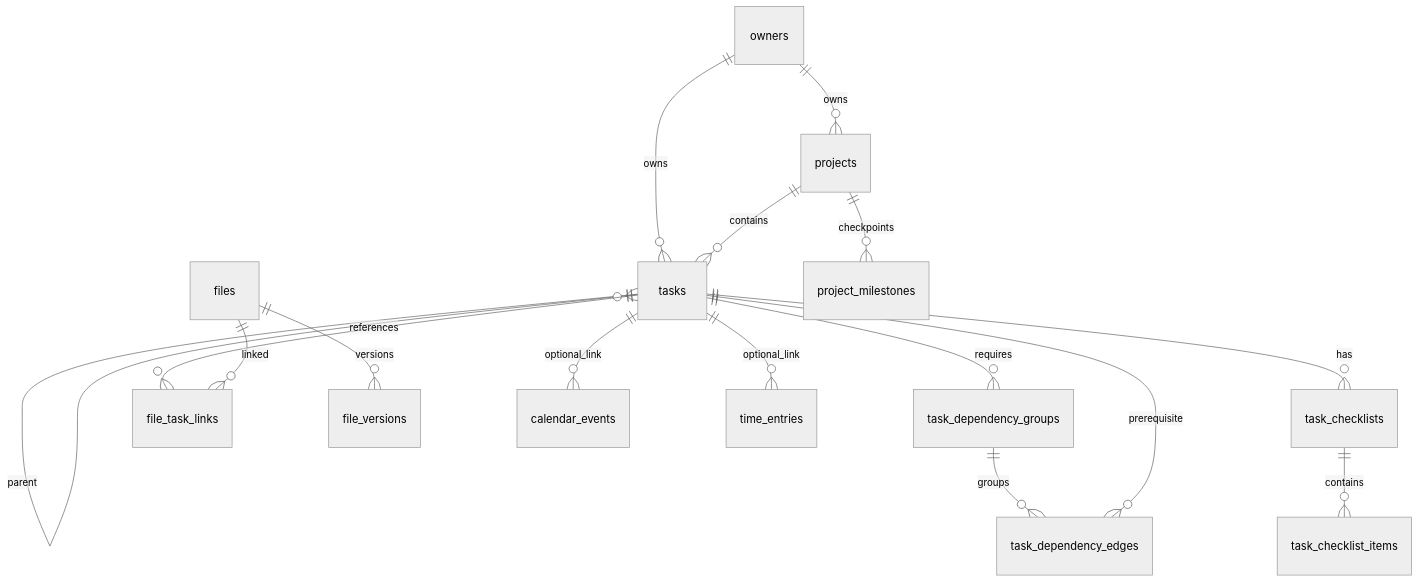
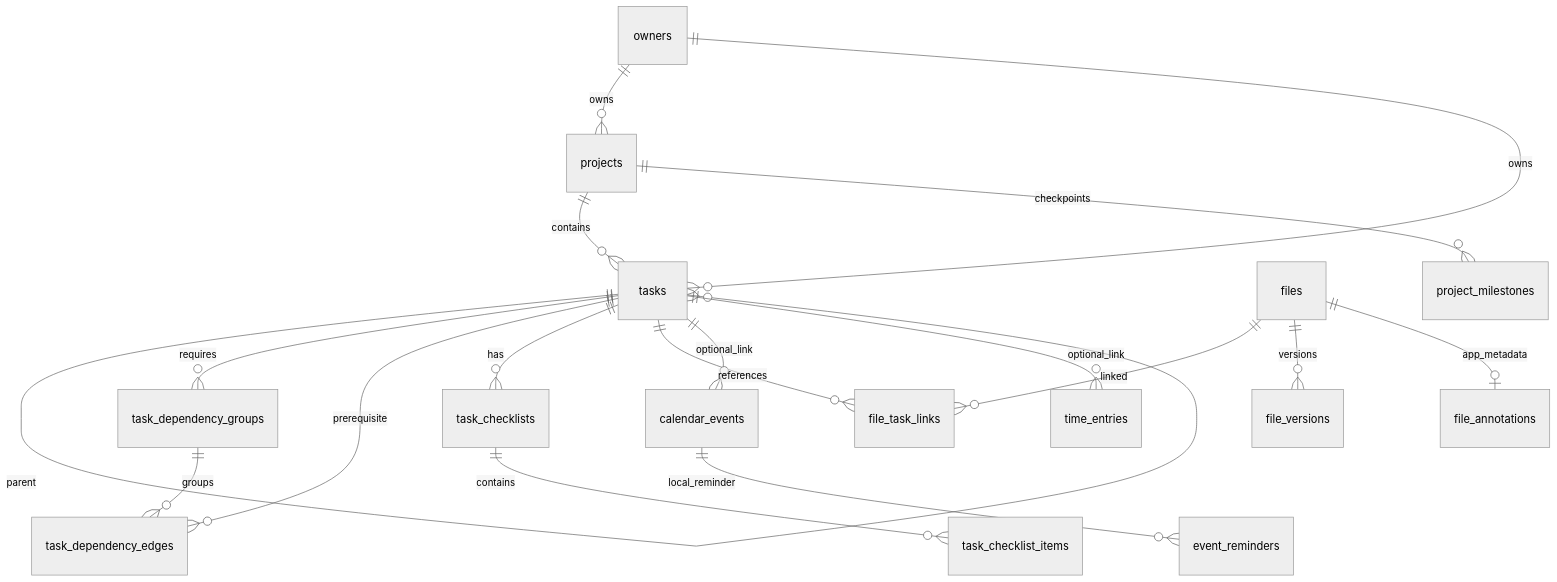
One commit to Raminyazdani/todo_list_compact changed the diagram in docs/DATA_MODEL.md. Above: the diagram before and after it, drawn with Mermaid (neutral theme). The commit also changed other lines of this file and 140 other files, not shown here.

````diff
--- a/docs/DATA_MODEL.md
+++ b/docs/DATA_MODEL.md
@@ -5,18 +5,20 @@
 ```mermaid
 erDiagram
   owners ||--o{ projects : owns
   owners ||--o{ tasks : owns
   projects ||--o{ tasks : contains
   tasks ||--o{ tasks : parent
   tasks ||--o{ task_dependency_groups : requires
   task_dependency_groups ||--o{ task_dependency_edges : groups
   tasks ||--o{ task_dependency_edges : prerequisite
   tasks ||--o{ task_checklists : has
   task_checklists ||--o{ task_checklist_items : contains
   tasks ||--o{ file_task_links : references
   files ||--o{ file_task_links : linked
   files ||--o{ file_versions : versions
+  files ||--o| file_annotations : app_metadata
   projects ||--o{ project_milestones : checkpoints
   tasks ||--o{ calendar_events : optional_link
+  calendar_events ||--o{ event_reminders : local_reminder
   tasks ||--o{ time_entries : optional_link
 ```
````
